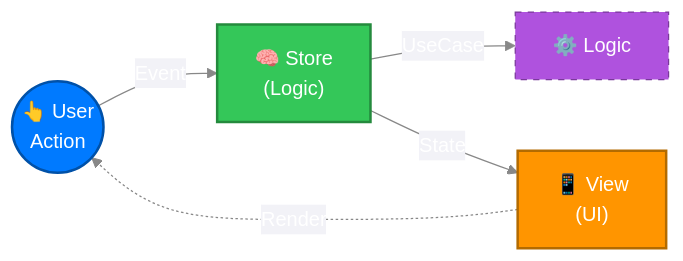
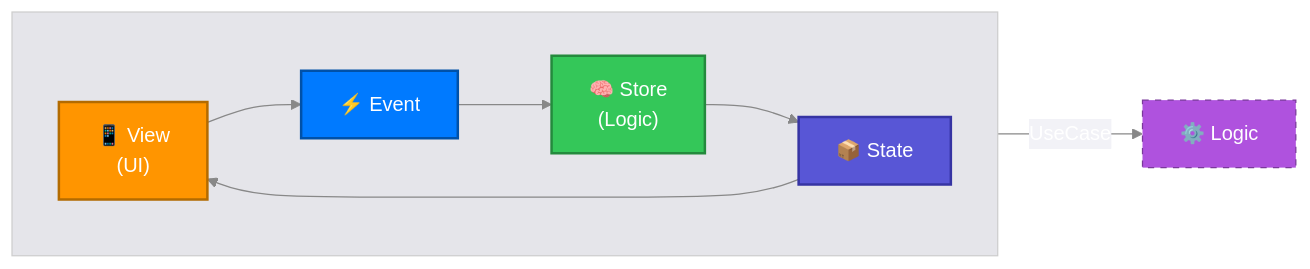
One commit to jkjamies/MESA-iOS changed the first of 2 diagrams in Readme.md. Above: the diagram before and after it, drawn with Mermaid. The commit also changed other lines of this file and 1 other file, not shown here.

Commit message:
Updates diagrams for clarity and consistency
Refines diagrams in both the GEMINI.md and Readme.md files to improve clarity and consistency.
The changes focus on visually representing the data flow and dependency graph within the application architecture.
Specifically, updates the MVI architectural pattern diagram to better represent the flow between the view, events, store, and state.

````diff
--- a/Readme.md
+++ b/Readme.md
@@ -16,13 +16,19 @@
 ```mermaid
 %%{init: {'theme': 'base', 'themeVariables': { 'primaryColor': '#007AFF', 'primaryTextColor': '#fff', 'primaryBorderColor': '#0051a8', 'lineColor': '#888', 'secondaryColor': '#f2f2f7', 'tertiaryColor': '#e5e5ea'}}}%%
 flowchart LR
-    A(("👆 User<br/>Action")) -->|Event| B["🧠 Store<br/>(Logic)"]
-    B -->|UseCase| C["⚙️ Logic"]
-    B -->|State| D["📱 View<br/>(UI)"]
-    D -.->|Render| A
+    subgraph Top [ ]
+        direction LR
+        View["📱 View<br/>(UI)"] --> Event["⚡️ Event"]
+        Store --> State["📦 State"]
+        Event --> Store["🧠 Store<br/>(Logic)"]
+        State --> View
+    end
     
-    style A fill:#007AFF,stroke:#0051a8,stroke-width:2px,color:#fff,shadow:true
-    style B fill:#34C759,stroke:#248A3D,stroke-width:2px,color:#fff,shadow:true
-    style D fill:#FF9500,stroke:#B36B00,stroke-width:2px,color:#fff,shadow:true
-    style C fill:#AF52DE,stroke:#7A399B,color:#fff,stroke-dasharray: 5 5
+    Store -->|UseCase| Logic["⚙️ Logic"]
+    
+    style View fill:#FF9500,stroke:#B36B00,stroke-width:2px,color:#fff,shadow:true
+    style Event fill:#007AFF,stroke:#0051a8,stroke-width:2px,color:#fff,shadow:true
+    style Store fill:#34C759,stroke:#248A3D,stroke-width:2px,color:#fff,shadow:true
+    style State fill:#5856D6,stroke:#3634A3,stroke-width:2px,color:#fff,shadow:true
+    style Logic fill:#AF52DE,stroke:#7A399B,color:#fff,stroke-dasharray: 5 5
 ```
````
